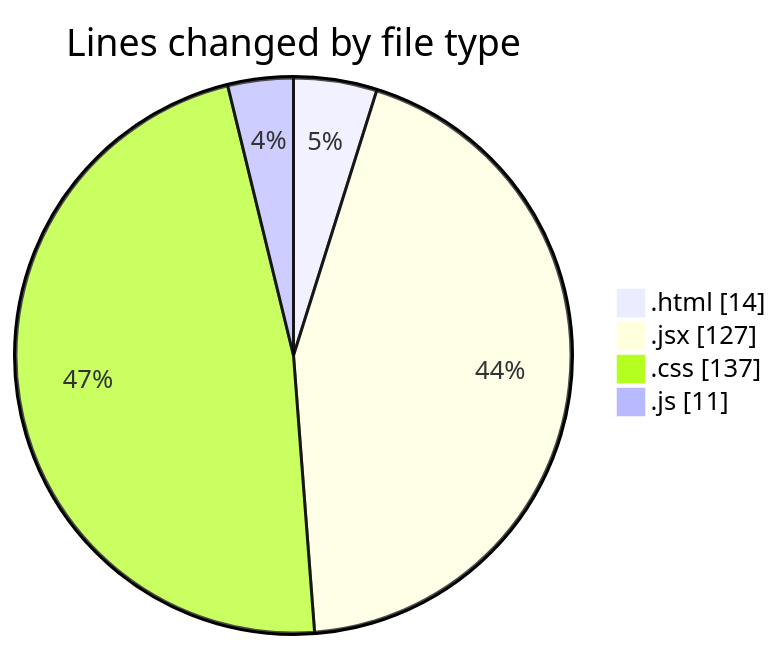
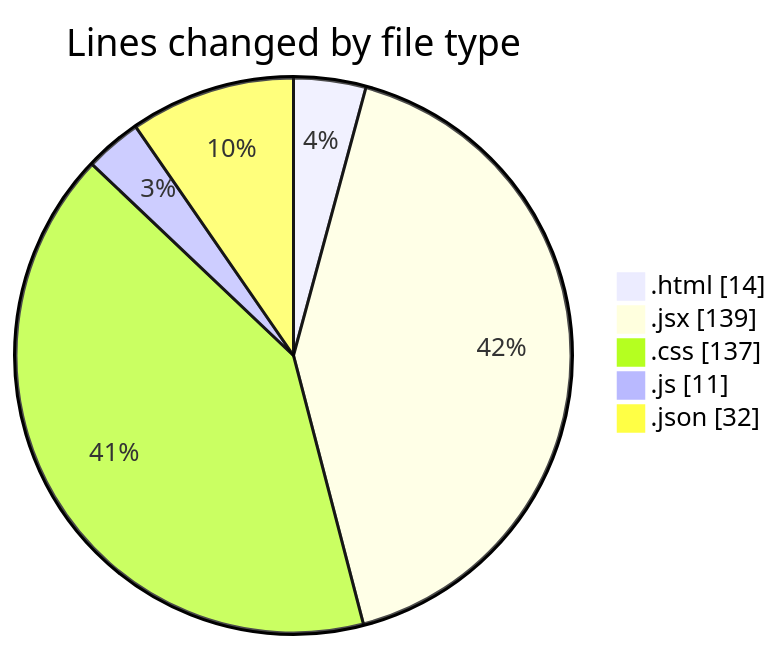
One commit to Elitesun/code-tracking changed the first of 2 diagrams in 2025-02-12/elitegpt/README.md. Above: the diagram before and after it, drawn with Mermaid. The commit also changed other lines of this file and 1 other file, not shown here.

````diff
--- a/2025-02-12/elitegpt/README.md
+++ b/2025-02-12/elitegpt/README.md
@@ -25,8 +27,9 @@
 ```mermaid
 pie showData
 title Lines changed by file type
 ".html" : 14
-".jsx" : 127
+".jsx" : 139
 ".css" : 137
 ".js" : 11
+".json" : 32
 ```
````
